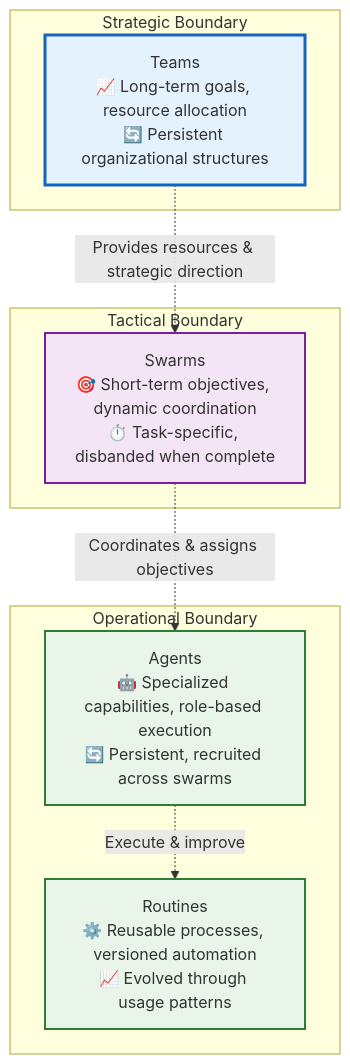
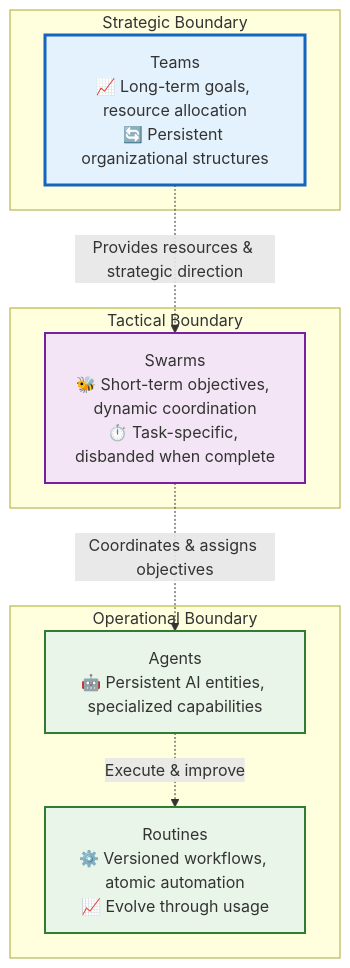
One commit to Vrooli/Vrooli changed the first of 49 diagrams in docs/ai-execution-architecture.md. Above: the diagram before and after it, drawn with Mermaid. The commit also changed other lines of this file, not shown here.

Commit message:
Execution architecture p13

````diff
--- a/docs/ai-execution-architecture.md
+++ b/docs/ai-execution-architecture.md
@@ -29,27 +32,27 @@
 ```mermaid
 graph TD
     subgraph "Strategic Boundary"
         Teams[Teams<br/>📈 Long-term goals, resource allocation<br/>🔄 Persistent organizational structures]
     end
-    
+
     subgraph "Tactical Boundary"
-        Swarms[Swarms<br/>🎯 Short-term objectives, dynamic coordination<br/>⏱️ Task-specific, disbanded when complete]
+        Swarms[Swarms<br/>🐝 Short-term objectives, dynamic coordination<br/>⏱️ Task-specific, disbanded when complete]
     end
-    
+
     subgraph "Operational Boundary"
-        Agents[Agents<br/>🤖 Specialized capabilities, role-based execution<br/>🔄 Persistent, recruited across swarms]
-        Routines[Routines<br/>⚙️ Reusable processes, versioned automation<br/>📈 Evolved through usage patterns]
+        Agents[Agents<br/>🤖 Persistent AI entities, specialized capabilities] 
+        Routines[Routines<br/>⚙️ Versioned workflows, atomic automation<br/>📈 Evolve through usage]
     end
-    
+
     Teams -.->|"Provides resources & strategic direction"| Swarms
     Swarms -.->|"Coordinates & assigns objectives"| Agents
     Agents -.->|"Execute & improve"| Routines
-    
+
     classDef strategic fill:#e3f2fd,stroke:#1565c0,stroke-width:3px
     classDef tactical fill:#f3e5f5,stroke:#7b1fa2,stroke-width:2px
     classDef operational fill:#e8f5e8,stroke:#2e7d32,stroke-width:2px
-    
+
     class Teams strategic
     class Swarms tactical
     class Agents,Routines operational
 ```
````
